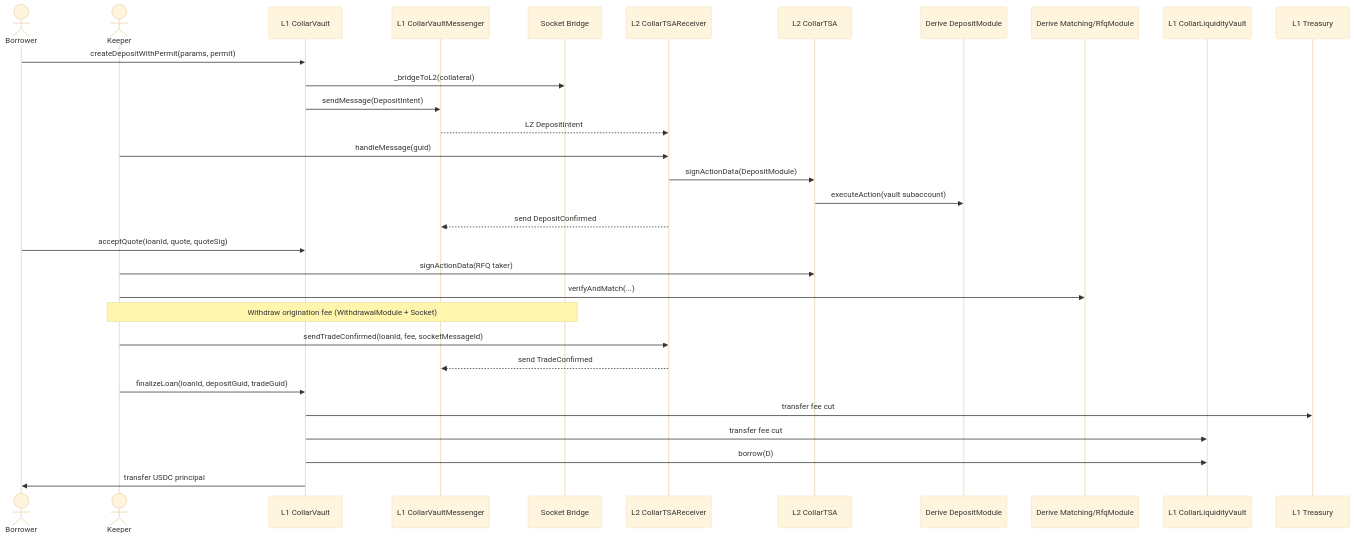
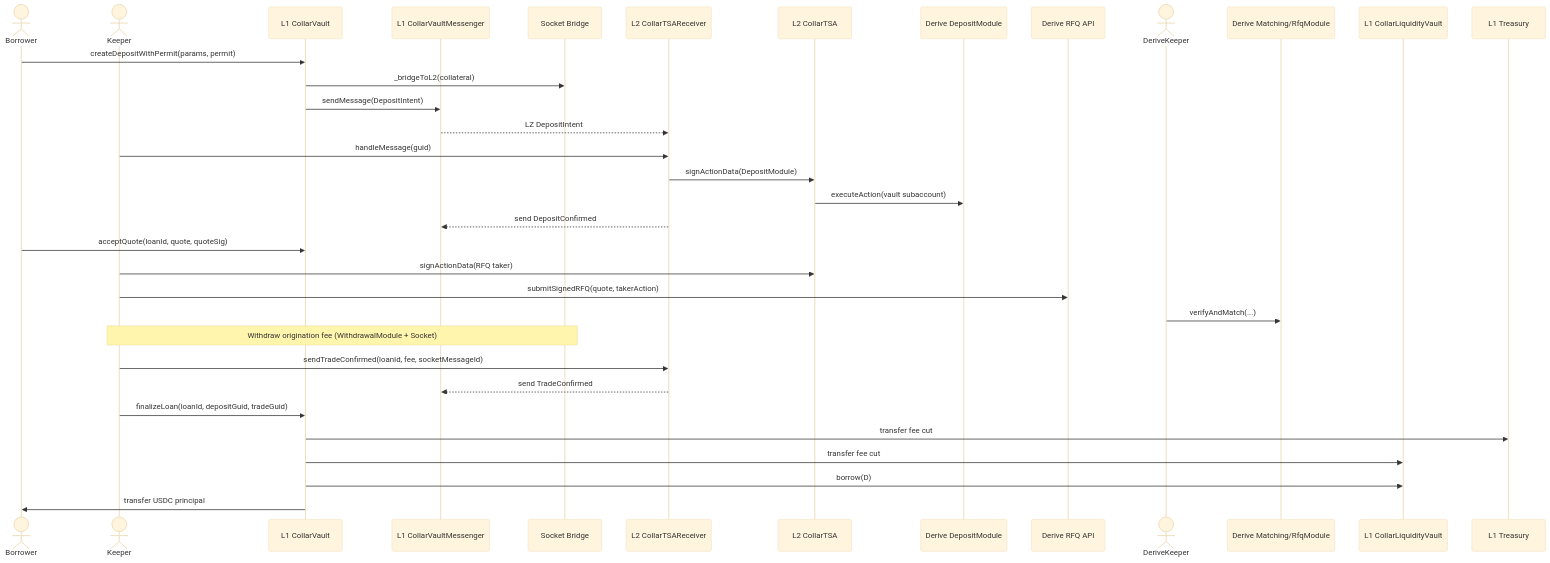
The first of 5 diagrams in docs/SPEC.md (valo/musical-bassoon), drawn with Mermaid (base theme) before and after one commit. The commit also changed other lines of this file, not shown here.

Commit message:
Docs: reflect Derive keeper/API RFQ submission flow

````diff
--- a/docs/SPEC.md
+++ b/docs/SPEC.md
@@ -121,34 +121,40 @@
 ```mermaid
 sequenceDiagram
   actor Borrower
   actor Keeper
   participant Vault as L1 CollarVault
   participant LZ as L1 CollarVaultMessenger
   participant Socket as Socket Bridge
   participant L2Recv as L2 CollarTSAReceiver
   participant TSA as L2 CollarTSA
   participant Deposit as Derive DepositModule
+  participant DeriveAPI as Derive RFQ API
+  actor DeriveKeeper
   participant Match as Derive Matching/RfqModule
   participant Liquidity as L1 CollarLiquidityVault
   participant Treasury as L1 Treasury
 
   Borrower->>Vault: createDepositWithPermit(params, permit)
   Vault->>Socket: _bridgeToL2(collateral)
   Vault->>LZ: sendMessage(DepositIntent)
   LZ-->>L2Recv: LZ DepositIntent
   Keeper->>L2Recv: handleMessage(guid)
   L2Recv->>TSA: signActionData(DepositModule)
   TSA->>Deposit: executeAction(vault subaccount)
   L2Recv-->>LZ: send DepositConfirmed
+
   Borrower->>Vault: acceptQuote(loanId, quote, quoteSig)
   Keeper->>TSA: signActionData(RFQ taker)
-  Keeper->>Match: verifyAndMatch(...)
+  Keeper->>DeriveAPI: submitSignedRFQ(quote, takerAction)
+  DeriveKeeper->>Match: verifyAndMatch(...)
+
   Note over Keeper,Socket: Withdraw origination fee (WithdrawalModule + Socket)
   Keeper->>L2Recv: sendTradeConfirmed(loanId, fee, socketMessageId)
   L2Recv-->>LZ: send TradeConfirmed
+
   Keeper->>Vault: finalizeLoan(loanId, depositGuid, tradeGuid)
   Vault->>Treasury: transfer fee cut
   Vault->>Liquidity: transfer fee cut
   Vault->>Liquidity: borrow(D)
   Vault->>Borrower: transfer USDC principal
 ```
````
